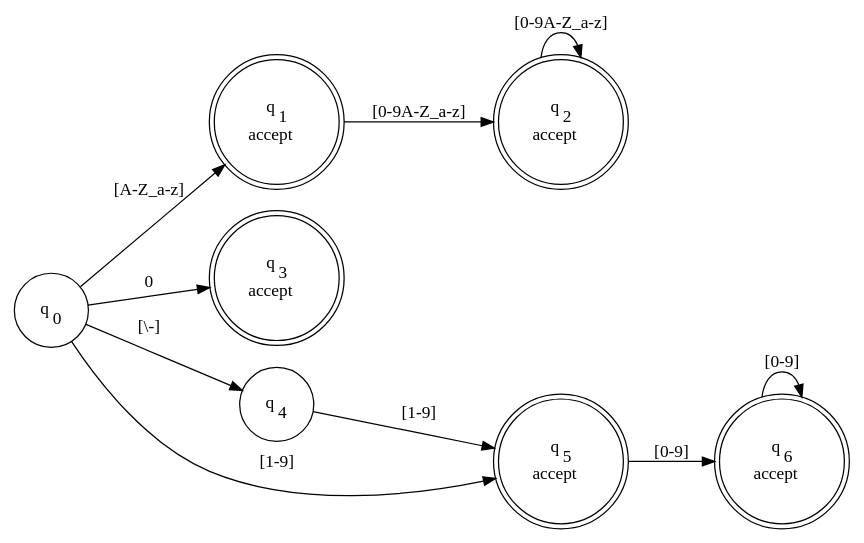
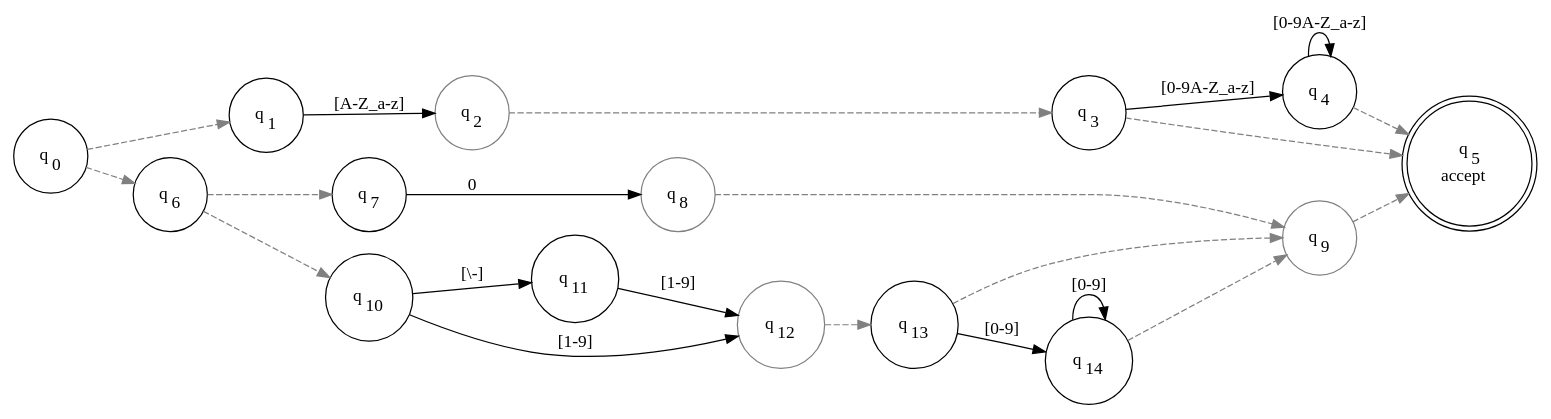
One commit to codewitch-honey-crisis/FsmExplorer changed the diagram in SimpleDemo/expression_nfa.dot. Above: the diagram before and after it, drawn with Graphviz. The commit also changed 9 other files, not shown here.

```diff
--- a/SimpleDemo/expression_nfa.dot
+++ b/SimpleDemo/expression_nfa.dot
@@ -1,21 +1,42 @@
 digraph FA {
 rankdir=LR
 node [shape=circle]
-q0->q1 [label="[A-Z_a-z]"]
-q0->q3 [label="0"]
-q0->q4 [label="[\\-]"]
-q0->q5 [label="[1-9]"]
-q1->q2 [label="[0-9A-Z_a-z]"]
-q2->q2 [label="[0-9A-Z_a-z]"]
-q4->q5 [label="[1-9]"]
-q5->q6 [label="[0-9]"]
-q6->q6 [label="[0-9]"]
+q0->q1 [style=dashed,color=gray]
+q0->q6 [style=dashed,color=gray]
+q1->q2 [label="[A-Z_a-z]"]
+q2->q3 [style=dashed,color=gray]
+q3->q4 [label="[0-9A-Z_a-z]"]
+q3->q5 [style=dashed,color=gray]
+q4->q4 [label="[0-9A-Z_a-z]"]
+q4->q5 [style=dashed,color=gray]
+q6->q7 [style=dashed,color=gray]
+q6->q10 [style=dashed,color=gray]
+q7->q8 [label="0"]
+q8->q9 [style=dashed,color=gray]
+q9->q5 [style=dashed,color=gray]
+q10->q11 [label="[\\-]"]
+q10->q12 [label="[1-9]"]
+q11->q12 [label="[1-9]"]
+q12->q13 [style=dashed,color=gray]
+q13->q14 [label="[0-9]"]
+q13->q9 [style=dashed,color=gray]
+q14->q14 [label="[0-9]"]
+q14->q9 [style=dashed,color=gray]
 q0 [label=<<TABLE BORDER="0"><TR><TD>q<SUB>0</SUB></TD></TR></TABLE>>]
-q1 [label=<<TABLE BORDER="0"><TR><TD>q<SUB>1</SUB></TD></TR><TR><TD>accept</TD></TR></TABLE>>,shape=doublecircle]
-q2 [label=<<TABLE BORDER="0"><TR><TD>q<SUB>2</SUB></TD></TR><TR><TD>accept</TD></TR></TABLE>>,shape=doublecircle]
-q3 [label=<<TABLE BORDER="0"><TR><TD>q<SUB>3</SUB></TD></TR><TR><TD>accept</TD></TR></TABLE>>,shape=doublecircle]
+q1 [label=<<TABLE BORDER="0"><TR><TD>q<SUB>1</SUB></TD></TR></TABLE>>]
+q2 [label=<<TABLE BORDER="0"><TR><TD>q<SUB>2</SUB></TD></TR></TABLE>>,color=gray]
+q3 [label=<<TABLE BORDER="0"><TR><TD>q<SUB>3</SUB></TD></TR></TABLE>>]
 q4 [label=<<TABLE BORDER="0"><TR><TD>q<SUB>4</SUB></TD></TR></TABLE>>]
 q5 [label=<<TABLE BORDER="0"><TR><TD>q<SUB>5</SUB></TD></TR><TR><TD>accept</TD></TR></TABLE>>,shape=doublecircle]
-q6 [label=<<TABLE BORDER="0"><TR><TD>q<SUB>6</SUB></TD></TR><TR><TD>accept</TD></TR></TABLE>>,shape=doublecircle]
-q1,q2,q3,q5,q6,q1,q2,q3,q5,q6 [shape=doublecircle]
+q6 [label=<<TABLE BORDER="0"><TR><TD>q<SUB>6</SUB></TD></TR></TABLE>>]
+q7 [label=<<TABLE BORDER="0"><TR><TD>q<SUB>7</SUB></TD></TR></TABLE>>]
+q8 [label=<<TABLE BORDER="0"><TR><TD>q<SUB>8</SUB></TD></TR></TABLE>>,color=gray]
+q9 [label=<<TABLE BORDER="0"><TR><TD>q<SUB>9</SUB></TD></TR></TABLE>>,color=gray]
+q10 [label=<<TABLE BORDER="0"><TR><TD>q<SUB>10</SUB></TD></TR></TABLE>>]
+q11 [label=<<TABLE BORDER="0"><TR><TD>q<SUB>11</SUB></TD></TR></TABLE>>]
+q12 [label=<<TABLE BORDER="0"><TR><TD>q<SUB>12</SUB></TD></TR></TABLE>>,color=gray]
+q13 [label=<<TABLE BORDER="0"><TR><TD>q<SUB>13</SUB></TD></TR></TABLE>>]
+q14 [label=<<TABLE BORDER="0"><TR><TD>q<SUB>14</SUB></TD></TR></TABLE>>]
+q5,q5 [shape=doublecircle]
+q2,q8,q9,q12 [color=gray]
 }
```
